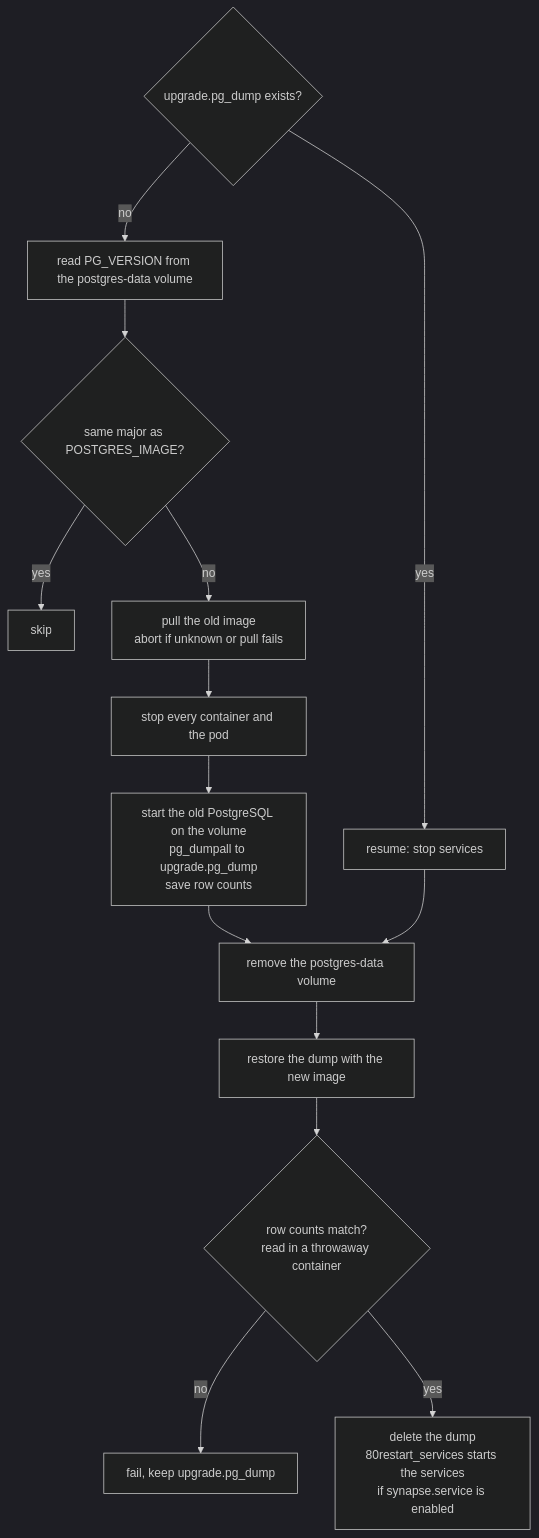
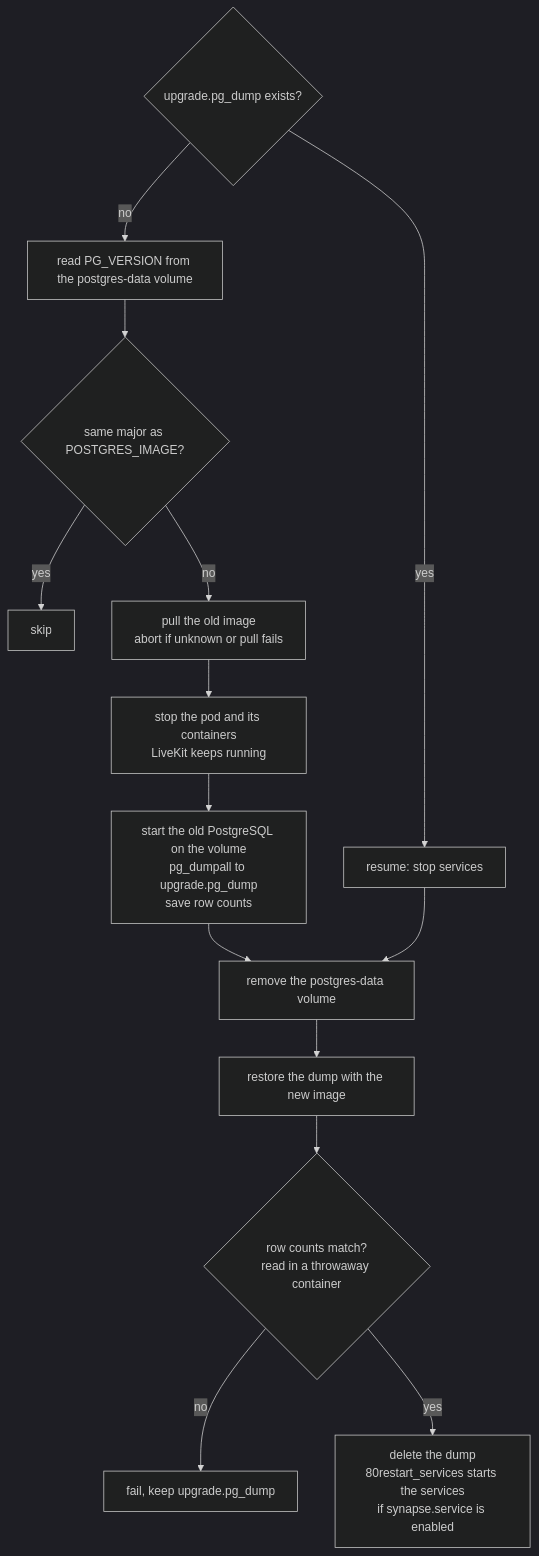
One commit to NethServer/ns8-matrix changed the fifth of 5 diagrams in docs/architecture.md. Above: the diagram before and after it, drawn with Mermaid (dark theme). The commit also changed other lines of this file and 3 other files, not shown here.

````diff
--- a/docs/architecture.md
+++ b/docs/architecture.md
@@ -283,17 +287,17 @@
 ```mermaid
 flowchart TB
     A{"upgrade.pg_dump exists?"}
     A -- yes --> R["resume: stop services"]
     A -- no --> B["read PG_VERSION from the postgres-data volume"]
     B --> C{"same major as POSTGRES_IMAGE?"}
     C -- yes --> X[skip]
     C -- no --> D["pull the old image<br/>abort if unknown or pull fails"]
-    D --> E["stop every container and the pod"]
+    D --> E["stop the pod and its containers<br/>LiveKit keeps running"]
     E --> F["start the old PostgreSQL on the volume<br/>pg_dumpall to upgrade.pg_dump<br/>save row counts"]
     F --> G
     R --> G["remove the postgres-data volume"]
     G --> H["restore the dump with the new image"]
     H --> I{"row counts match?<br/>read in a throwaway container"}
     I -- no --> K["fail, keep upgrade.pg_dump"]
     I -- yes --> J["delete the dump<br/>80restart_services starts the services<br/>if synapse.service is enabled"]
 ```
````
